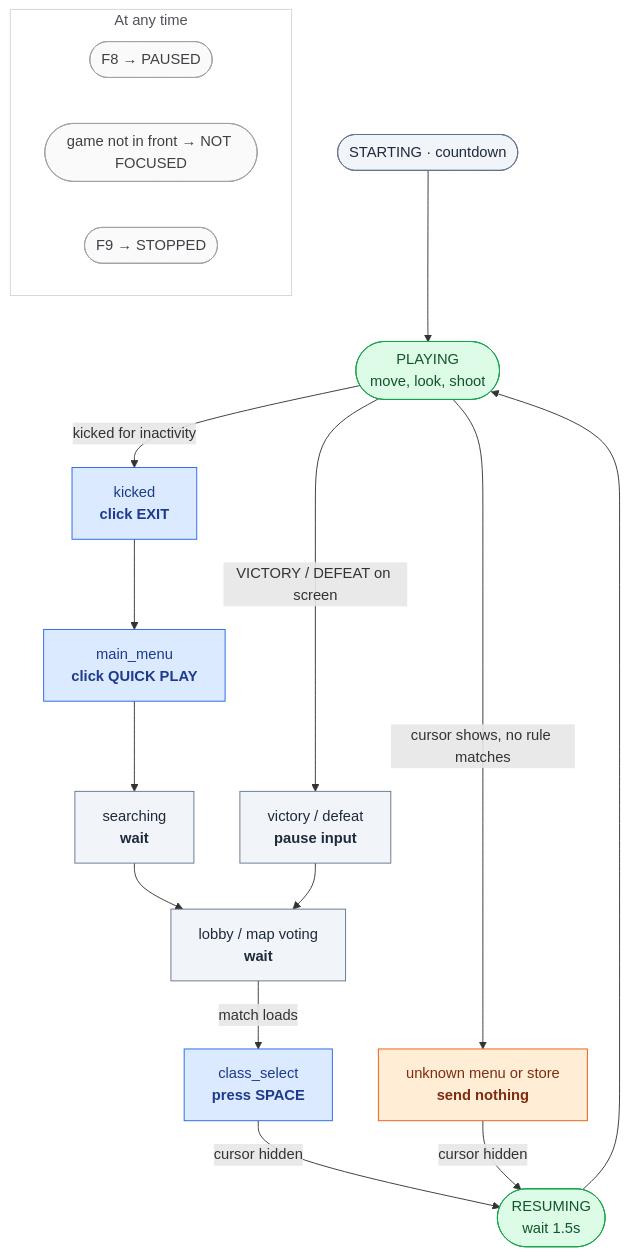
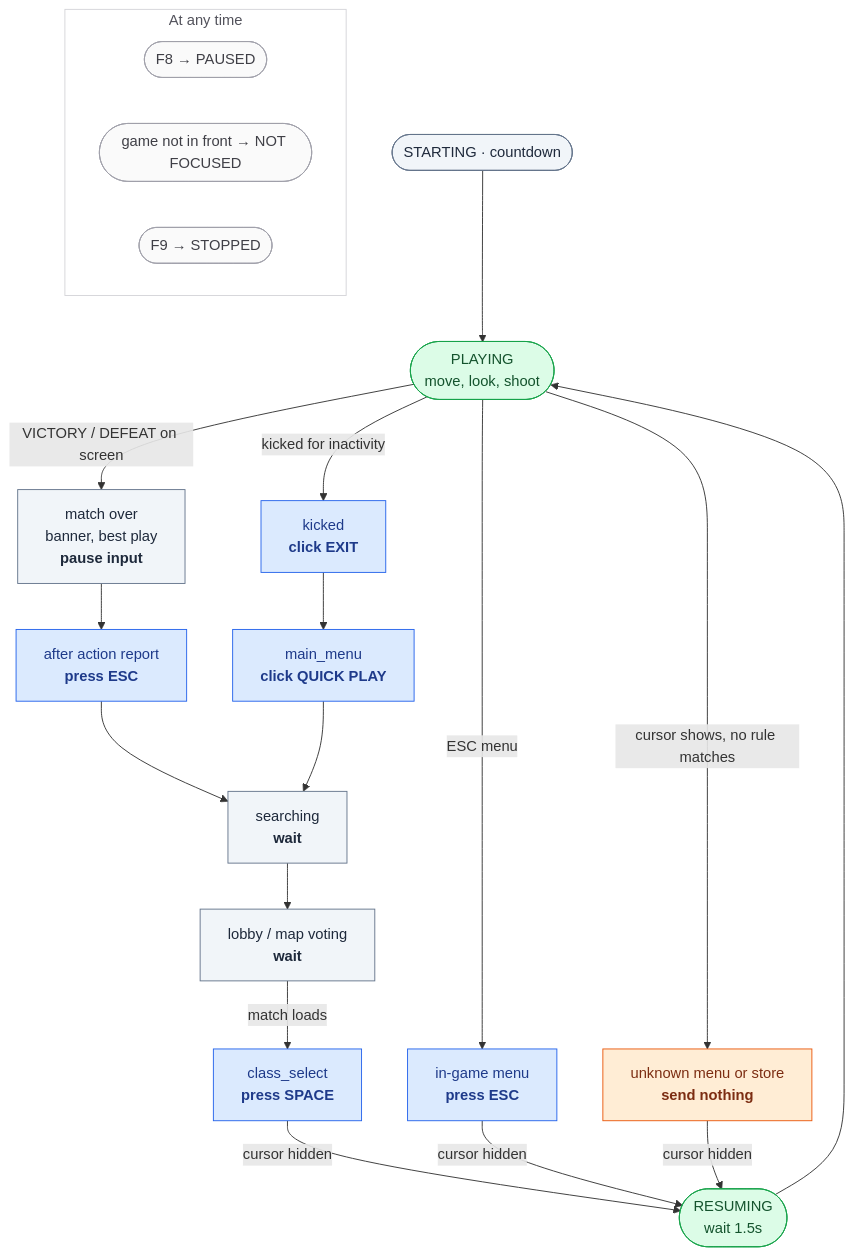
Before and after one commit to metalglove/anti-afk-bot: the diagram in README.md, drawn with Mermaid. The commit also changed other lines of this file, not shown here.

````diff
--- a/README.md
+++ b/README.md
@@ -49,38 +52,41 @@
 ```mermaid
 flowchart TD
     start(["STARTING · countdown"]) --> play
     play(["PLAYING<br/>move, look, shoot"])
 
-    play -- "VICTORY / DEFEAT on screen" --> over["victory / defeat<br/><b>pause input</b>"]
+    play -- "VICTORY / DEFEAT on screen" --> over["match over<br/>banner, best play<br/><b>pause input</b>"]
+    over --> report["after action report<br/><b>press ESC</b>"]
+    report --> search
+    play -- "ESC menu" --> pause["in-game menu<br/><b>press ESC</b>"]
     play -- "kicked for inactivity" --> kicked["kicked<br/><b>click EXIT</b>"]
     play -- "cursor shows, no rule matches" --> unknown["unknown menu or store<br/><b>send nothing</b>"]
 
     kicked --> main["main_menu<br/><b>click QUICK PLAY</b>"]
     main --> search["searching<br/><b>wait</b>"]
     search --> lobby["lobby / map voting<br/><b>wait</b>"]
-    over --> lobby
     lobby -- "match loads" --> cls["class_select<br/><b>press SPACE</b>"]
 
     cls -- "cursor hidden" --> resume(["RESUMING<br/>wait 1.5s"])
+    pause -- "cursor hidden" --> resume
     unknown -- "cursor hidden" --> resume
     resume --> play
 
     subgraph anytime["At any time"]
         direction LR
         paused(["F8 → PAUSED"])
         nf(["game not in front → NOT FOCUSED"])
         stopped(["F9 → STOPPED"])
     end
 
     classDef playing fill:#dcfce7,stroke:#16a34a,color:#14532d
     classDef clicks fill:#dbeafe,stroke:#2563eb,color:#1e3a8a
     classDef waits fill:#f1f5f9,stroke:#64748b,color:#1e293b
     classDef danger fill:#ffedd5,stroke:#ea580c,color:#7c2d12
     classDef side fill:#fafafa,stroke:#a1a1aa,color:#3f3f46
     class play,resume playing
-    class kicked,main,cls clicks
+    class kicked,main,cls,report,pause clicks
     class search,lobby,over,start waits
     class unknown danger
     class paused,nf,stopped side
     style anytime fill:#ffffff,stroke:#d4d4d8,color:#52525b
 ```
````
